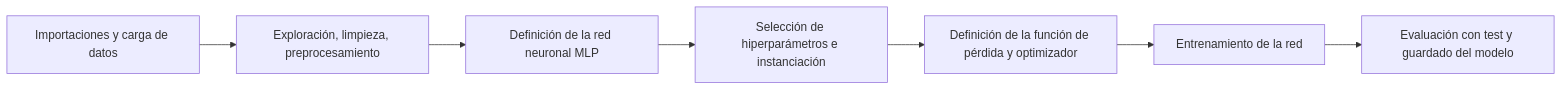
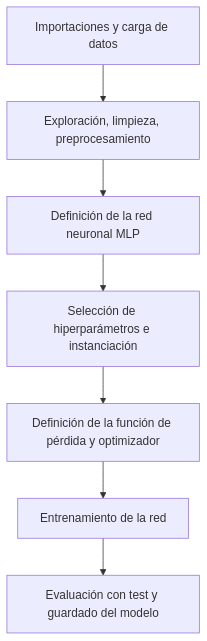
One commit to NaTHuber/clasificador-vinos changed the diagram in README.md. Above: the diagram before and after it, drawn with Mermaid.

Commit message:
[update]: Se cambia el tipo de diagrama mermaid

````diff
--- a/README.md
+++ b/README.md
@@ -30,9 +30,9 @@
 ```mermaid
-graph LR 
+flowchart TD 
     A[Importaciones y carga de datos] --> B[Exploración, limpieza, preprocesamiento] 
     B --> C[Definición de la red neuronal MLP] 
     C --> D[Selección de hiperparámetros e instanciación] 
     D --> E[Definición de la función de pérdida y optimizador] 
     E --> F[Entrenamiento de la red] 
     F --> G[Evaluación con test y guardado del modelo] 
 ```
````
